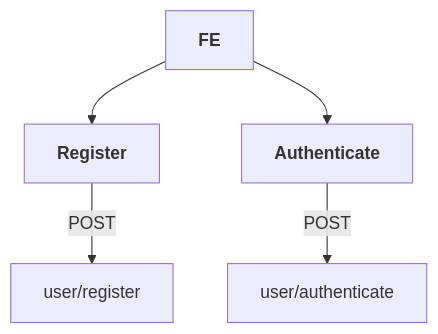
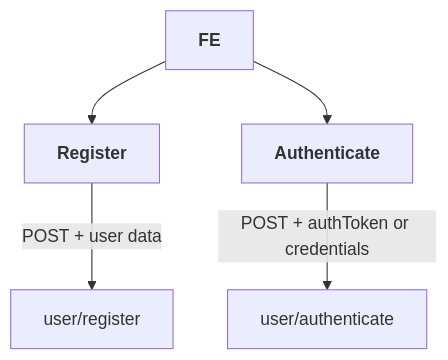
The fourth of 12 diagrams in README.md (Karmello/ask-the-world-api), drawn with Mermaid before and after one commit. The commit also changed other lines of this file, not shown here.

````diff
--- a/README.md
+++ b/README.md
@@ -51,5 +52,5 @@
 ```mermaid
 flowchart
-ROOT[<b>FE</b>] --> A1[<b>Register</b>] --> |POST|A2[user/register]
-ROOT --> B1[<b>Authenticate</b>] --> |POST|B2[user/authenticate]
+ROOT[<b>FE</b>] --> A1[<b>Register</b>] --> |POST + user data|A2[user/register]
+ROOT --> B1[<b>Authenticate</b>] --> |POST + authToken or credentials|B2[user/authenticate]
 ```
````
